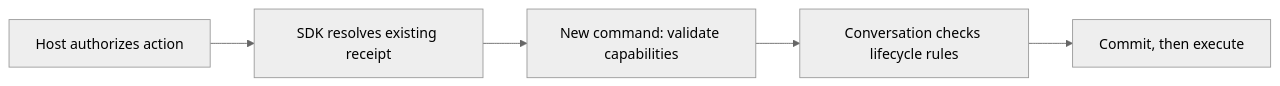
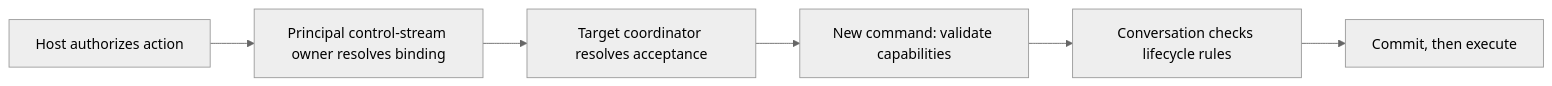
Before and after one commit to nessalabs/nessa-agent: the third of 10 diagrams in docs/adr/todo/0008-agent-client-api.md, drawn with Mermaid (neutral theme). The commit also changed other lines of this file and 7 other files, not shown here.

````diff
--- a/docs/adr/todo/0008-agent-client-api.md
+++ b/docs/adr/todo/0008-agent-client-api.md
@@ -192,7 +192,8 @@
 ```mermaid
 flowchart LR
-    H["Host authorizes action"] --> C["SDK resolves existing receipt"]
+    H["Host authorizes action"] --> I["Principal control-stream owner resolves binding"]
+    I --> C["Target coordinator resolves acceptance"]
     C --> V["New command: validate capabilities"]
     V --> D["Conversation checks lifecycle rules"]
     D --> S["Commit, then execute"]
 ```
````
